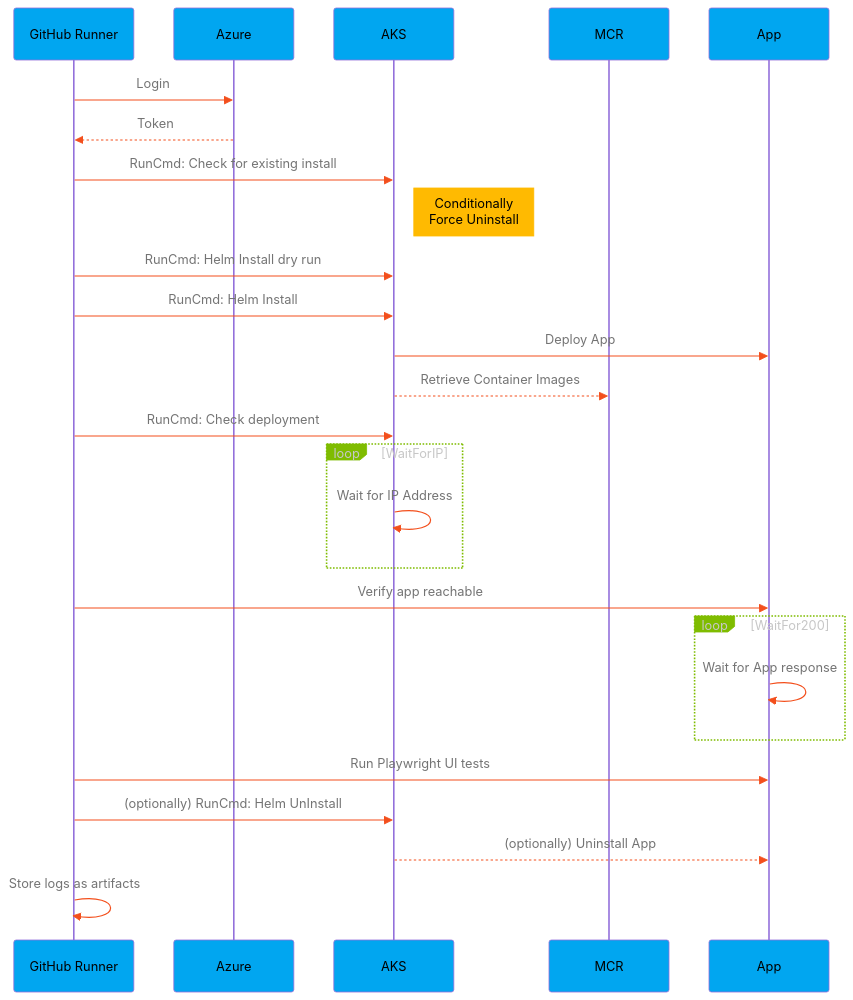
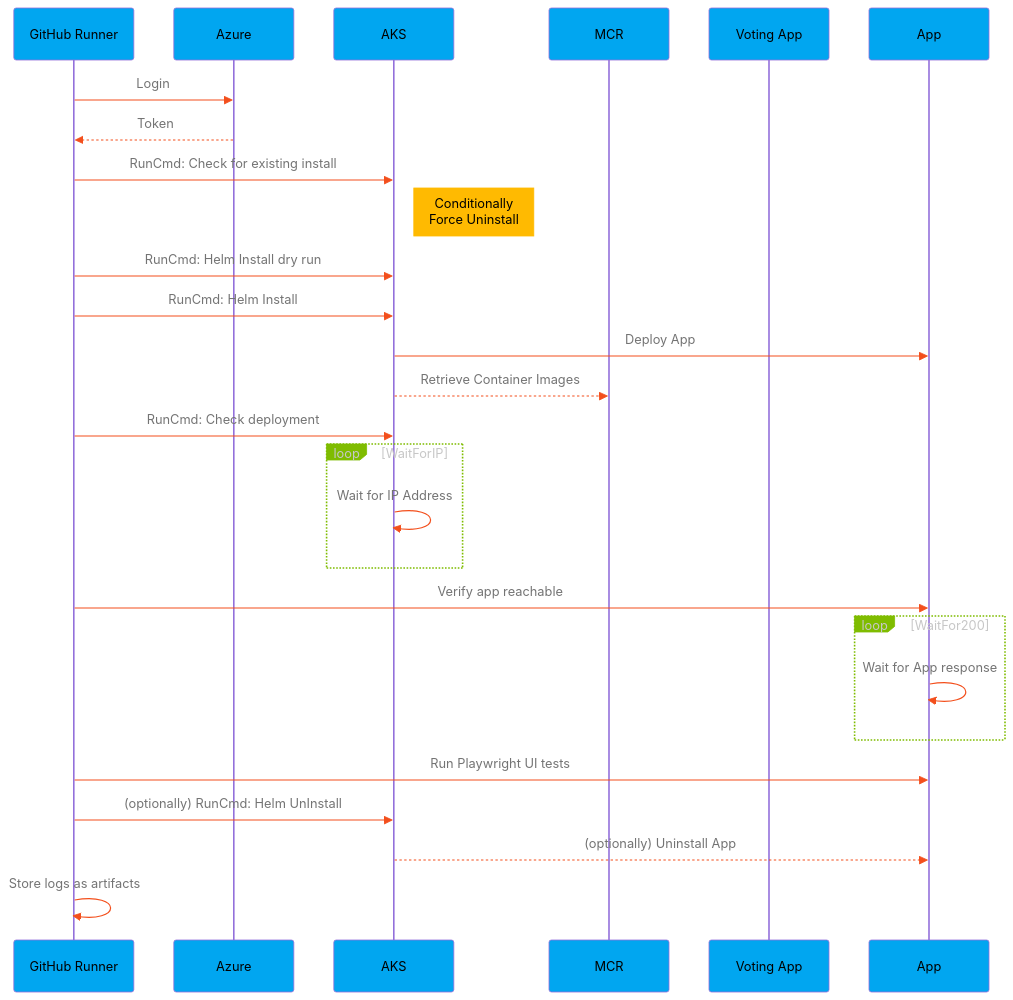
One commit to Azure/aks-baseline-automation changed the diagram in docs/app-azurevote-helmruncmd.md. Above: the diagram before and after it, drawn with Mermaid.

Commit message:
renaming the App column in mermaid diagram

````diff
--- a/docs/app-azurevote-helmruncmd.md
+++ b/docs/app-azurevote-helmruncmd.md
@@ -11,48 +11,48 @@
 ```mermaid
 %%{init:
 {
   "theme": "default",
   "themeVariables": {
     "nodeBorder" : "#004990",
     "mainBkg" : "#c9d7e4",
     "actorBkg" : "#01A6F0",
     "signalColor" : "#F34F1C",
     "textColor" : "#747474",
     "loopTextColor" : "#C7C7C7",
     "labelTextColor" : "#C7C7C7",
     "labelBoxBorderColor" : "#7FBC00",
     "labelBoxBkgColor" : "#7FBC00",
     "noteBkgColor" : "#FFBA01",
     "noteBorderColor": "#FFBA01",
     "fontFamily": "Inter",
     "fontSize": "13px"
  }
 }
 }%%
 sequenceDiagram
     participant GitHub Runner
     participant Azure
     participant AKS
     participant MCR
-    participant App
+    participant Voting App
     GitHub Runner->>Azure: Login
     Azure-->>GitHub Runner: Token
     GitHub Runner->>AKS: RunCmd: Check for existing install
     Note right of AKS: Conditionally<br/>Force Uninstall
     GitHub Runner->>AKS: RunCmd: Helm Install dry run
     GitHub Runner->>AKS: RunCmd: Helm Install
     AKS->>App: Deploy App
     AKS-->>MCR: Retrieve Container Images
     GitHub Runner->>AKS: RunCmd: Check deployment
     loop WaitForIP
         AKS->>AKS: Wait for IP Address
     end
     GitHub Runner->>App: Verify app reachable
     loop WaitFor200
         App->>App: Wait for App response
     end
     GitHub Runner->>App: Run Playwright UI tests
     GitHub Runner->>AKS: (optionally) RunCmd: Helm UnInstall
     AKS-->>App: (optionally) Uninstall App
     GitHub Runner->>GitHub Runner: Store logs as artifacts
 ```
````
